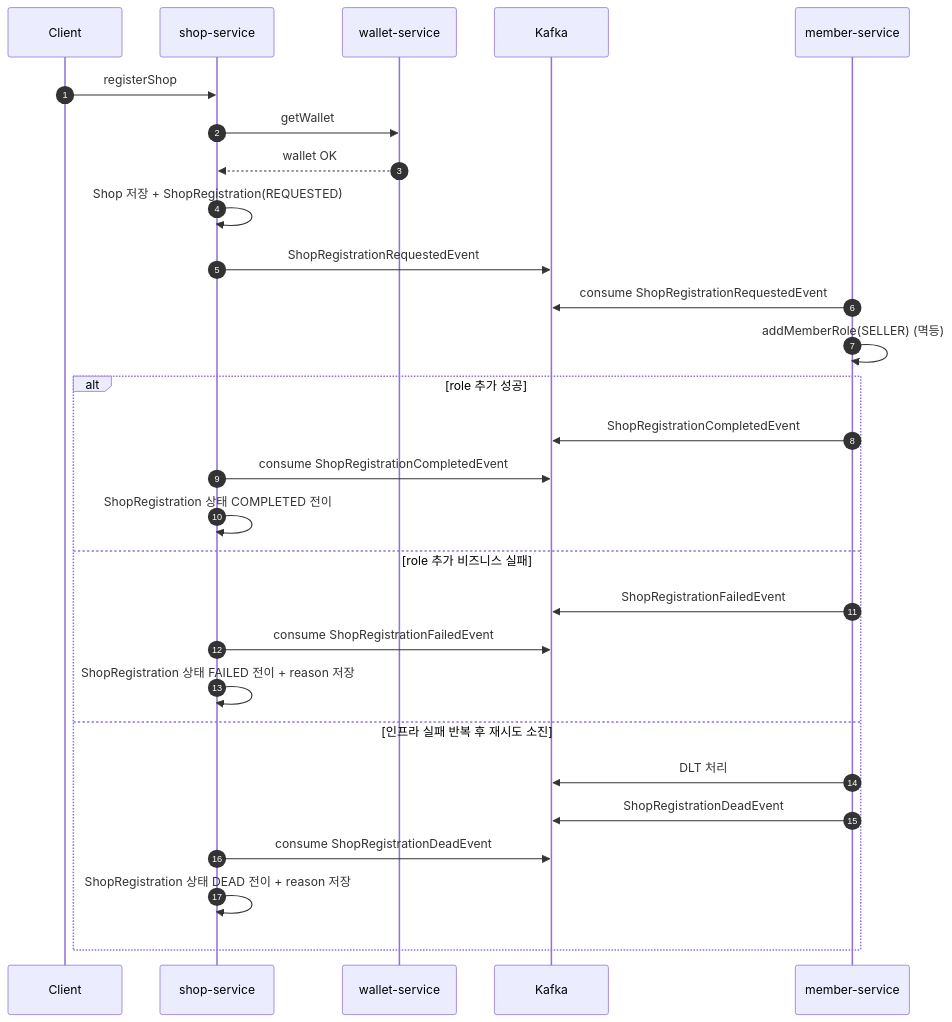
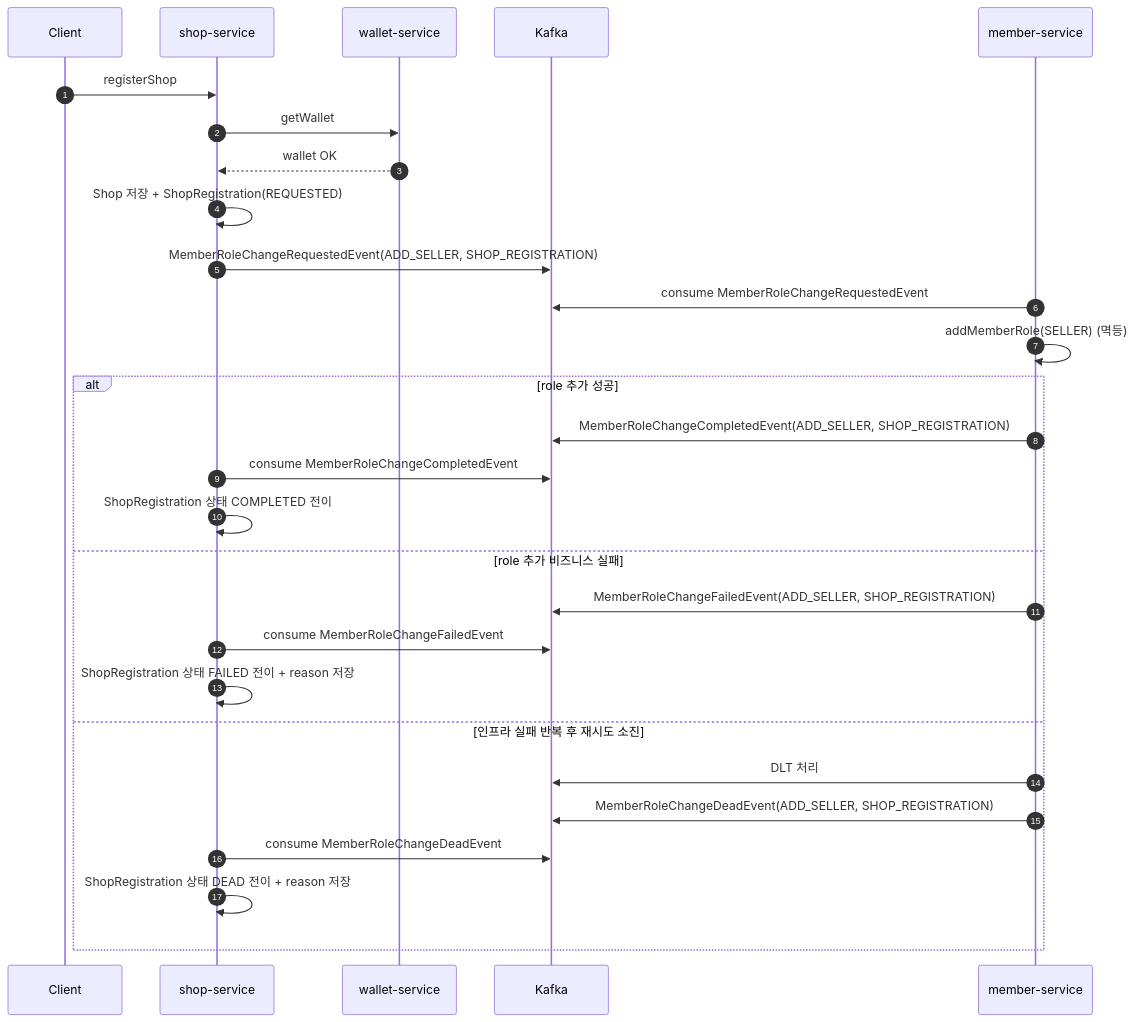
One commit to 95twan/myroutine changed the diagram in shop-service/docs/shop_register_saga_design.md. Above: the diagram before and after it, drawn with Mermaid. The commit also changed other lines of this file and 49 other files, not shown here.

````diff
--- a/shop-service/docs/shop_register_saga_design.md
+++ b/shop-service/docs/shop_register_saga_design.md
@@ -166,31 +177,31 @@
 ```mermaid
 sequenceDiagram
     autonumber
     participant C as Client
     participant S as shop-service
     participant W as wallet-service
     participant K as Kafka
     participant M as member-service
 
     C->>S: registerShop
     S->>W: getWallet
     W-->>S: wallet OK
     S->>S: Shop 저장 + ShopRegistration(REQUESTED)
-    S->>K: ShopRegistrationRequestedEvent
-    M->>K: consume ShopRegistrationRequestedEvent
+    S->>K: MemberRoleChangeRequestedEvent(ADD_SELLER, SHOP_REGISTRATION)
+    M->>K: consume MemberRoleChangeRequestedEvent
     M->>M: addMemberRole(SELLER) (멱등)
     alt role 추가 성공
-        M->>K: ShopRegistrationCompletedEvent
-        S->>K: consume ShopRegistrationCompletedEvent
+        M->>K: MemberRoleChangeCompletedEvent(ADD_SELLER, SHOP_REGISTRATION)
+        S->>K: consume MemberRoleChangeCompletedEvent
         S->>S: ShopRegistration 상태 COMPLETED 전이
     else role 추가 비즈니스 실패
-        M->>K: ShopRegistrationFailedEvent
-        S->>K: consume ShopRegistrationFailedEvent
+        M->>K: MemberRoleChangeFailedEvent(ADD_SELLER, SHOP_REGISTRATION)
+        S->>K: consume MemberRoleChangeFailedEvent
         S->>S: ShopRegistration 상태 FAILED 전이 + reason 저장
     else 인프라 실패 반복 후 재시도 소진
         M->>K: DLT 처리
-        M->>K: ShopRegistrationDeadEvent
-        S->>K: consume ShopRegistrationDeadEvent
+        M->>K: MemberRoleChangeDeadEvent(ADD_SELLER, SHOP_REGISTRATION)
+        S->>K: consume MemberRoleChangeDeadEvent
         S->>S: ShopRegistration 상태 DEAD 전이 + reason 저장
     end
 ```
````
